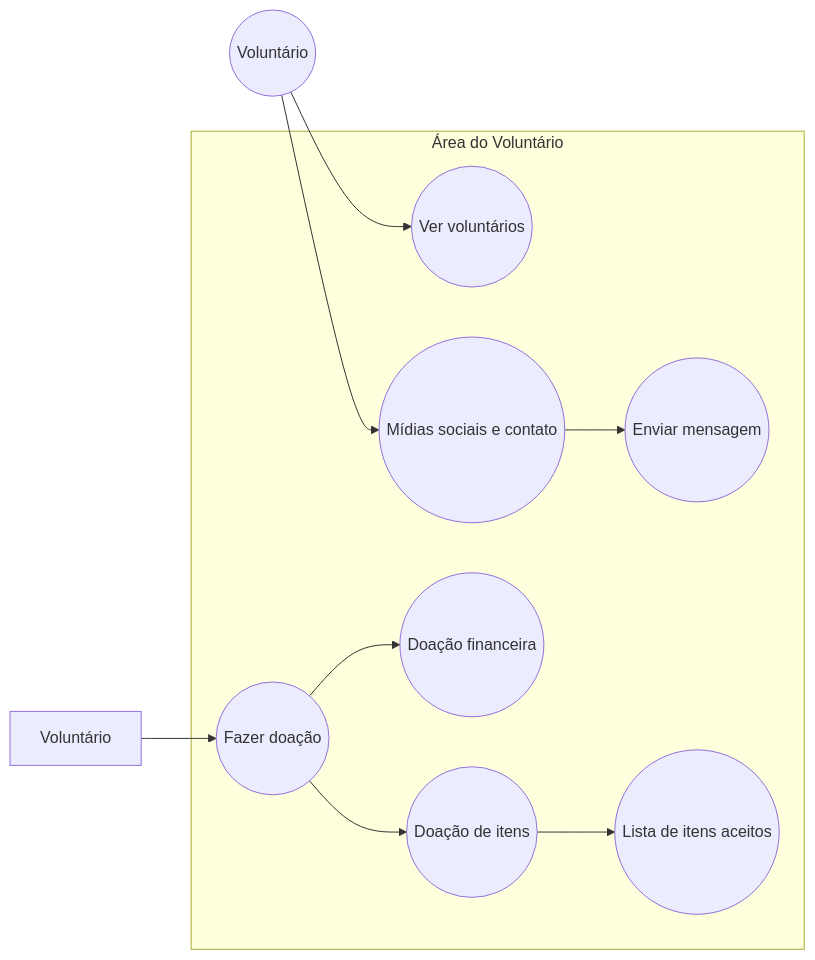
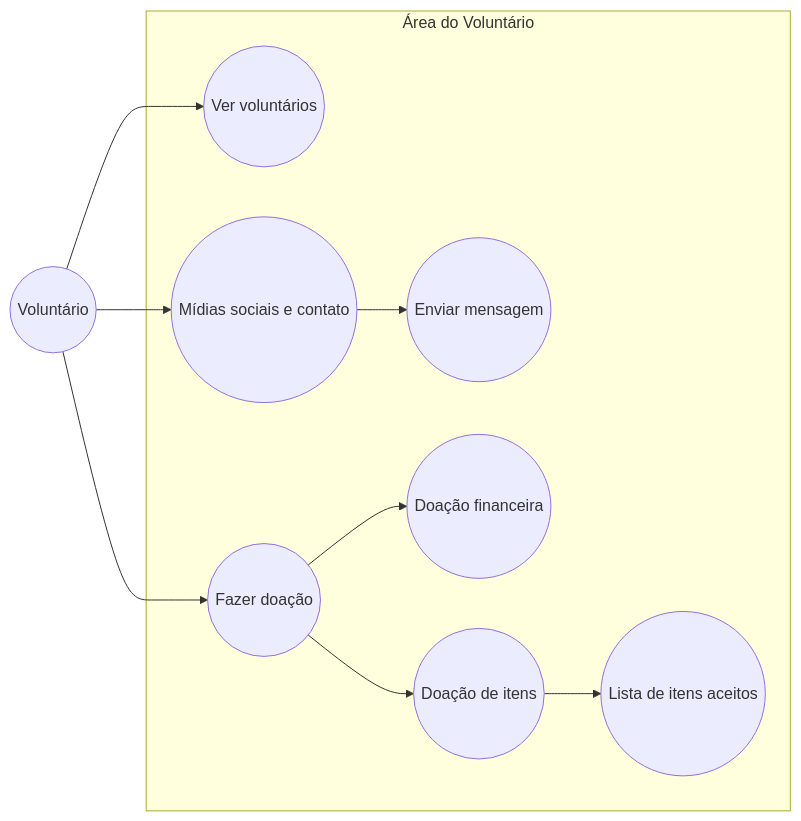
Before and after one commit to ligiaoliveira/Casa-dos-Gatos: the second of 3 diagrams in README.md, drawn with Mermaid.

````diff
--- a/README.md
+++ b/README.md
@@ -138,25 +138,25 @@
 ```mermaid
 flowchart LR
-    Voluntario((Voluntário))
+    Voluntário((Voluntário))
 
     subgraph Área do Voluntário
         UC1((Ver voluntários))
         UC2((Mídias sociais e contato))
         UC3((Fazer doação))
 
         UC4((Enviar mensagem))
         UC5((Doação financeira))
         UC6((Doação de itens))
         UC7((Lista de itens aceitos))
     end
 
-    Voluntario --> UC1
-    Voluntario --> UC2
+    Voluntário --> UC1
+    Voluntário --> UC2
     Voluntário --> UC3
 
     UC2 --> UC4
     UC3 --> UC5
     UC3 --> UC6
     UC6 --> UC7
     
 ```
````
